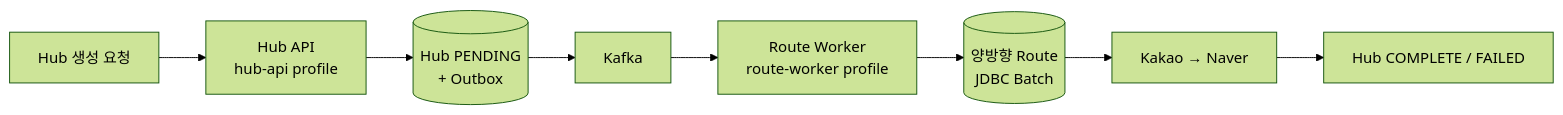
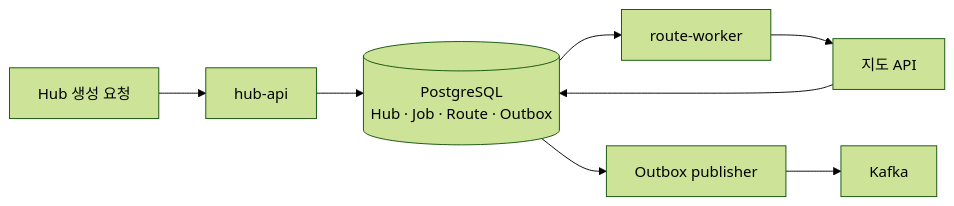
The first of 3 diagrams in README.md (jumun-personal/hub), drawn with Mermaid (forest theme) before and after one commit. The commit also changed other lines of this file and 95 other files, not shown here.

Commit message:
feat(hub-route): job 기반 경로 구축과 복구 흐름 추가

````diff
--- a/README.md
+++ b/README.md
@@ -12,14 +12,9 @@
 ```mermaid
 flowchart LR
-    Client["Hub 생성 요청"]
-    HubAPI["Hub API<br/>hub-api profile"]
-    DB[("Hub PENDING<br/>+ Outbox")]
-    Kafka["Kafka"]
-    Worker["Route Worker<br/>route-worker profile"]
-    Route[("양방향 Route<br/>JDBC Batch")]
-    Map["Kakao → Naver"]
-    Complete["Hub COMPLETE / FAILED"]
-
-    Client --> HubAPI --> DB --> Kafka --> Worker
-    Worker --> Route --> Map --> Complete
+    Client["Hub 생성 요청"] --> API["hub-api"]
+    API --> DB[("PostgreSQL<br/>Hub · Job · Route · Outbox")]
+    DB --> Worker["route-worker"]
+    Worker --> Map["지도 API"]
+    Map --> DB
+    DB --> Outbox["Outbox publisher"] --> Kafka["Kafka"]
 ```
````
